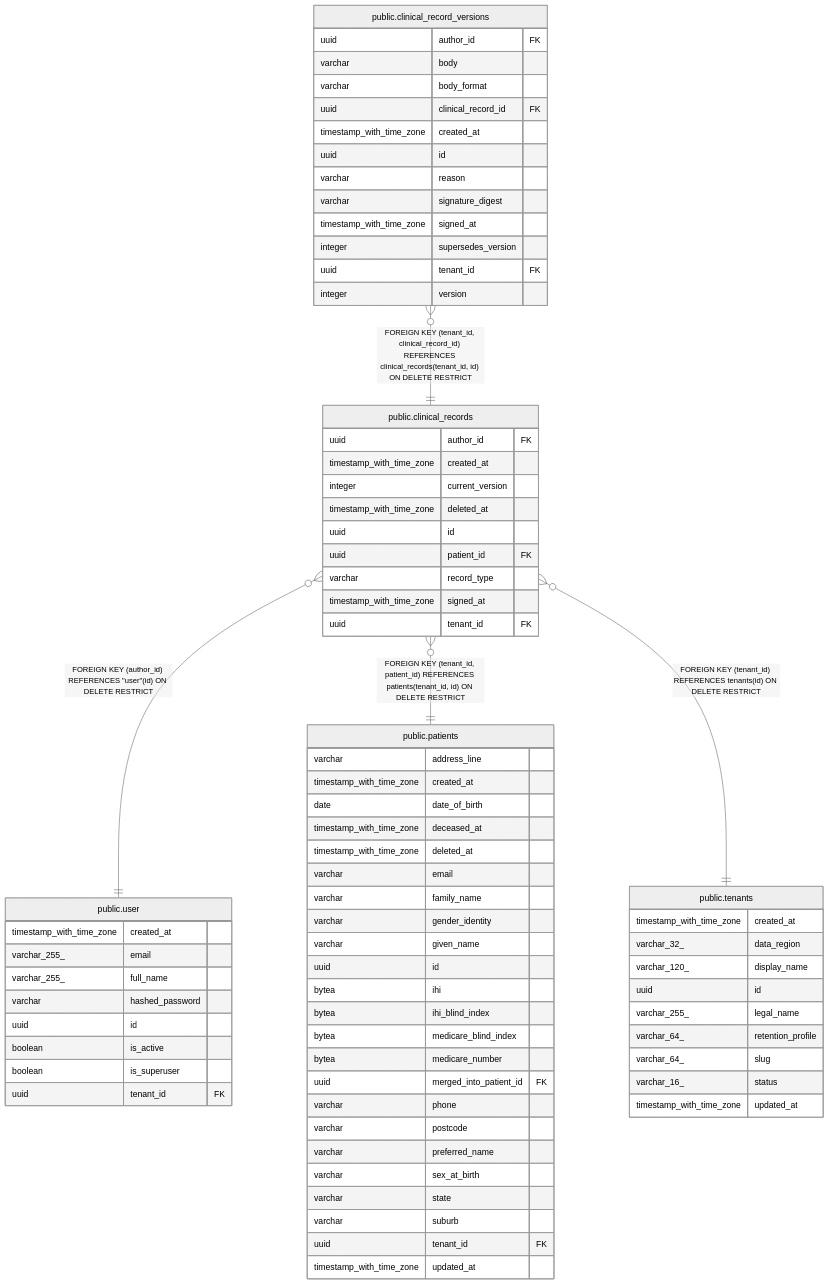
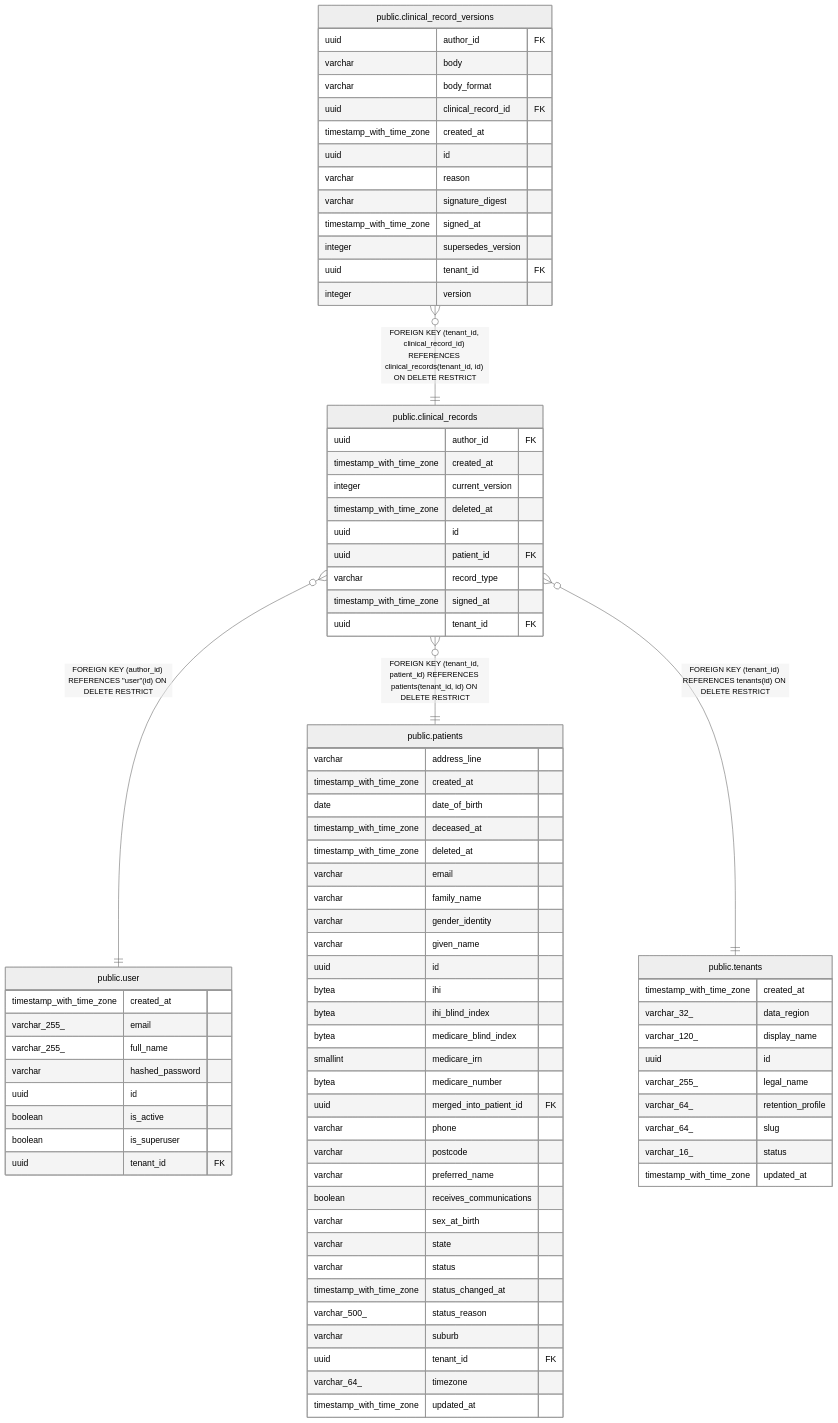
The diagram in docs/reference/schema/public.clinical_records.md (irajput215/clinic-os), drawn with Mermaid (neutral theme) before and after one commit. The commit also changed 48 other files, not shown here.

First line of the commit message:
feat(patients): the patient record - lifecycle status, alerts, emergency contacts, encrypted Medicare/IHI, eScript-ready

```diff
--- a/docs/reference/schema/public.clinical_records.md
+++ b/docs/reference/schema/public.clinical_records.md
@@ -99,15 +99,21 @@
   bytea ihi
   bytea ihi_blind_index
   bytea medicare_blind_index
+  smallint medicare_irn
   bytea medicare_number
   uuid merged_into_patient_id FK
   varchar phone
   varchar postcode
   varchar preferred_name
+  boolean receives_communications
   varchar sex_at_birth
   varchar state
+  varchar status
+  timestamp_with_time_zone status_changed_at
+  varchar_500_ status_reason
   varchar suburb
   uuid tenant_id FK
+  varchar_64_ timezone
   timestamp_with_time_zone updated_at
 }
 "public.tenants" {
```
